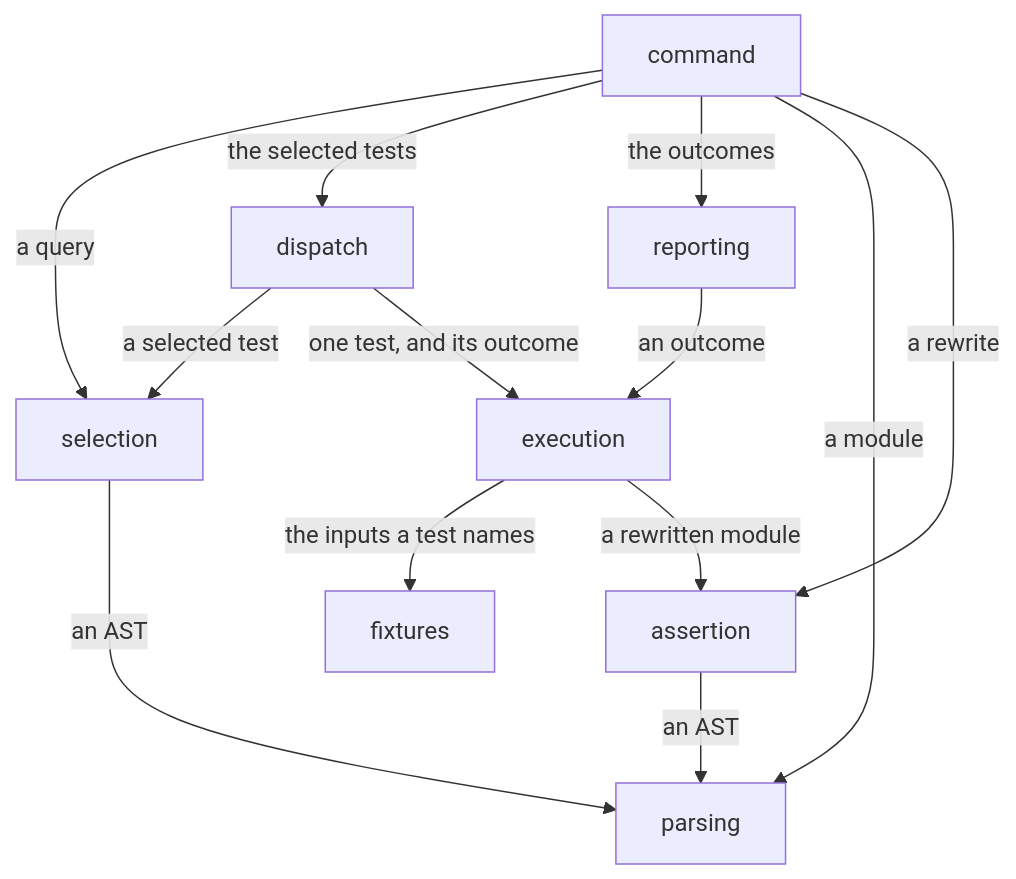
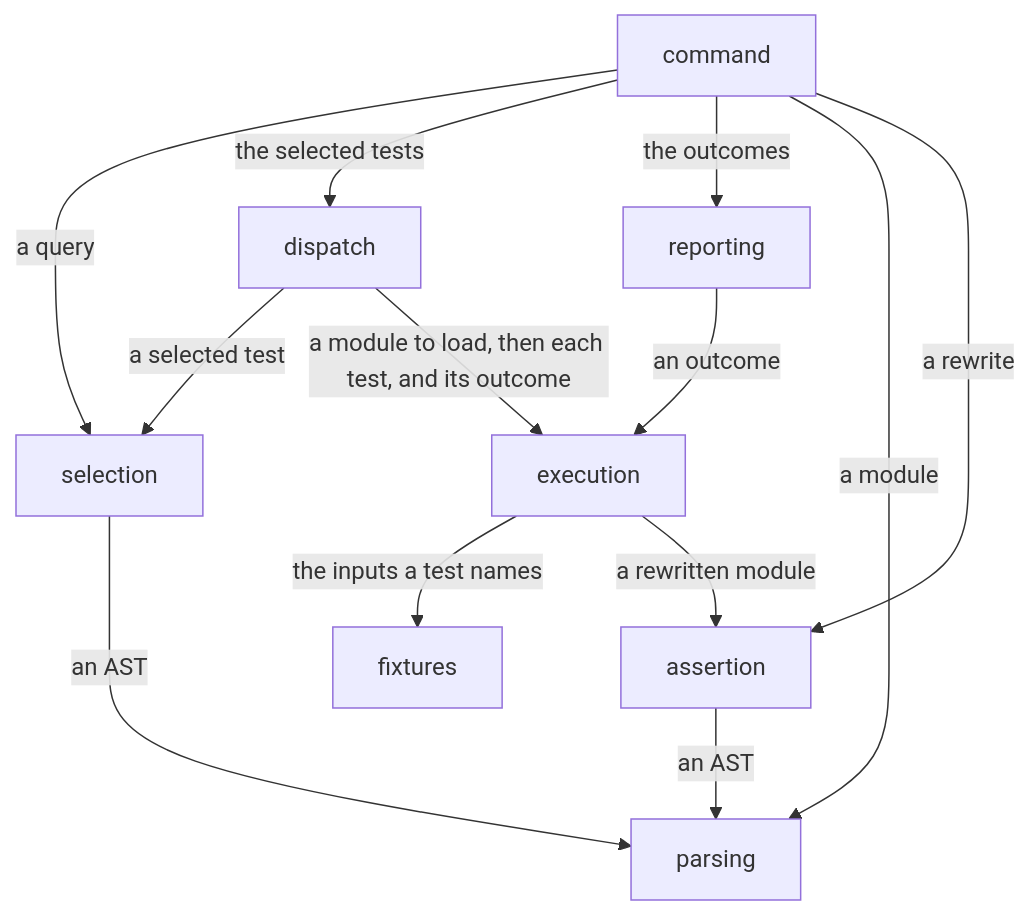
One commit to kalonji-tools/purba changed the second of 3 diagrams in LANDSCAPE.md. Above: the diagram before and after it, drawn with Mermaid. The commit also changed other lines of this file and 18 other files, not shown here.

First line of the commit message:
feat: print the error of a module that did not load once (#681)

````diff
--- a/LANDSCAPE.md
+++ b/LANDSCAPE.md
@@ -68,15 +68,15 @@
 ```mermaid
 flowchart TD
   command -- "a query" --> selection
   command -- "the selected tests" --> dispatch
   command -- "the outcomes" --> reporting
   command -- "a module" --> parsing
   command -- "a rewrite" --> assertion
   selection -- "an AST" --> parsing
   assertion -- "an AST" --> parsing
   dispatch -- "a selected test" --> selection
-  dispatch -- "one test, and its outcome" --> execution
+  dispatch -- "a module to load, then each test, and its outcome" --> execution
   execution -- "the inputs a test names" --> fixtures
   execution -- "a rewritten module" --> assertion
   reporting -- "an outcome" --> execution
 ```
````
